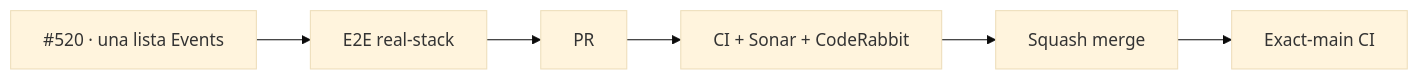
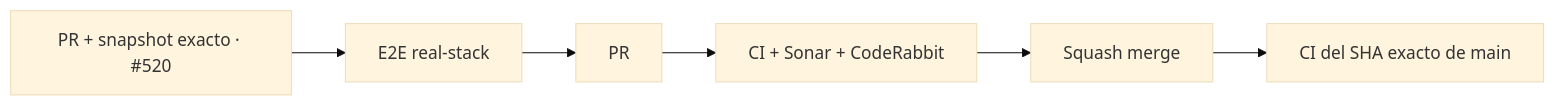
Before and after one commit to pl0n3r/brvtal: the diagram in README.md, drawn with Mermaid (base theme). The commit also changed other lines of this file, not shown here.

Commit message:
docs: align Events deploy dashboard contract

````diff
--- a/README.md
+++ b/README.md
@@ -47,8 +47,8 @@
 ```mermaid
 flowchart LR
-    A["#520 · una lista Events"] --> T["E2E real-stack"]
+    A["PR + snapshot exacto · #520"] --> T["E2E real-stack"]
     T --> P["PR"]
     P --> C["CI + Sonar + CodeRabbit"]
     C --> M["Squash merge"]
-    M --> X["Exact-main CI"]
+    M --> X["CI del SHA exacto de main"]
 ```
````
